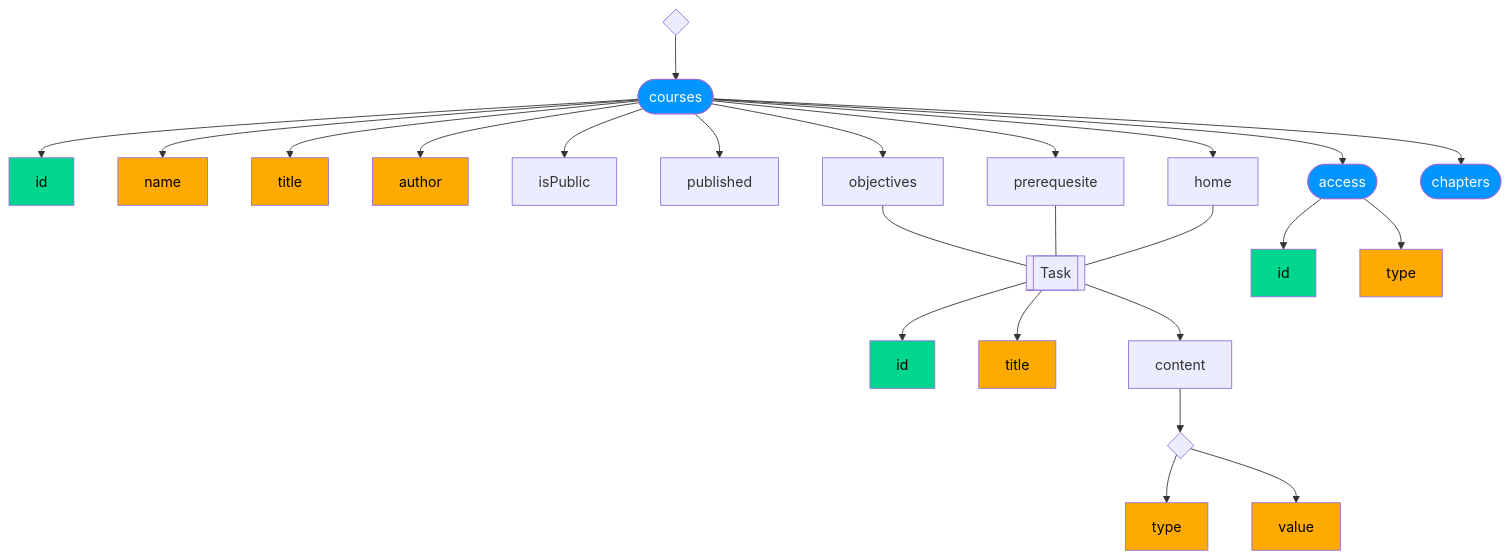
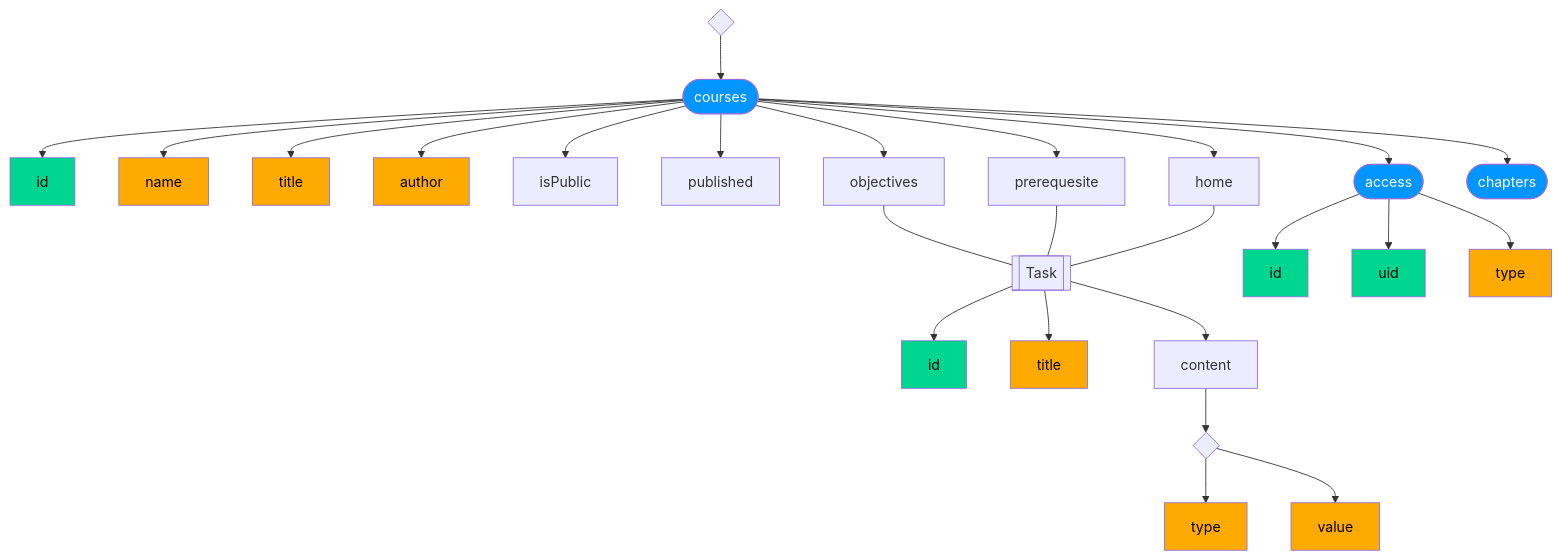
The second of 5 diagrams in docs/datamodel.md (Temechon/nexify.io), drawn with Mermaid before and after one commit. The commit also changed other lines of this file and 7 other files, not shown here.

````diff
--- a/docs/datamodel.md
+++ b/docs/datamodel.md
@@ -16,33 +16,33 @@
 ```mermaid
 graph TD
 root{ } --> c
 c([courses]) --> id
 c --> name
 c --> title
 c --> author
 c --> isPublic
 c --> published
 c --> obj[objectives] --- task
 c --> pre[prerequesite] --- task
 c --> hom[home] --- task
 c --> use([access])
 c --> cha([chapters])
 
 task[[Task]] --> id2[id]
 task --> title2[title]
 task --> content2[content] --> cc{ }
 cc --> type
 cc --> value
 
-use --> iduse[id] & typeuse[type]
+use --> iduse[id] & userid[uid] & typeuse[type]
 
 
 classDef ids fill:#00d68f,color:black;
 classDef string fill:#ffaa00,color:black;
 classDef collections fill:#0095ff,color:white;
 
 class c,cha,use collections;
-class id,id2,iduse ids;
+class id,id2,iduse,userid ids;
 class name,title,title2,type,value,typeuse,author string;
 
 ```
````
